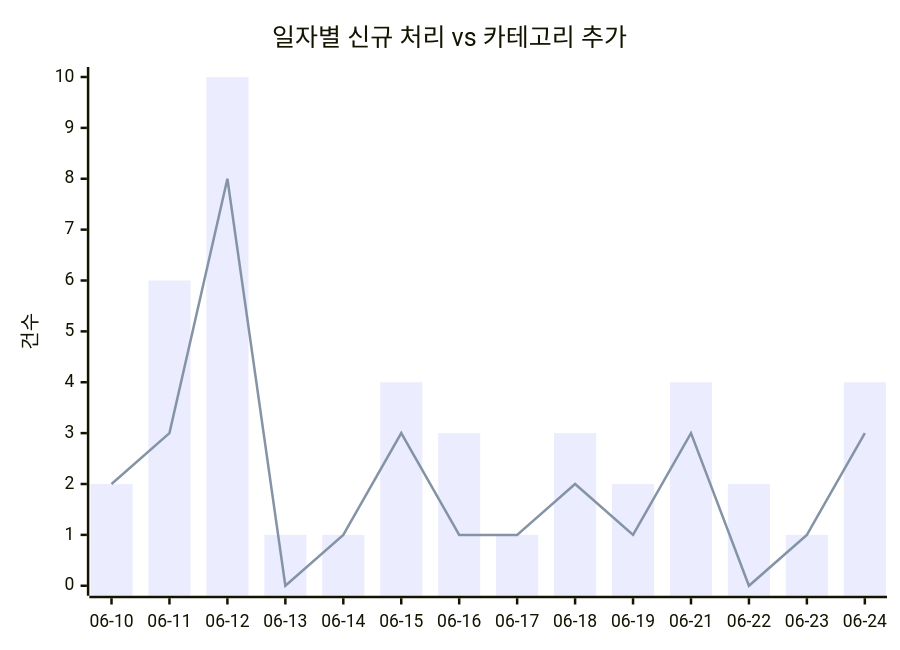
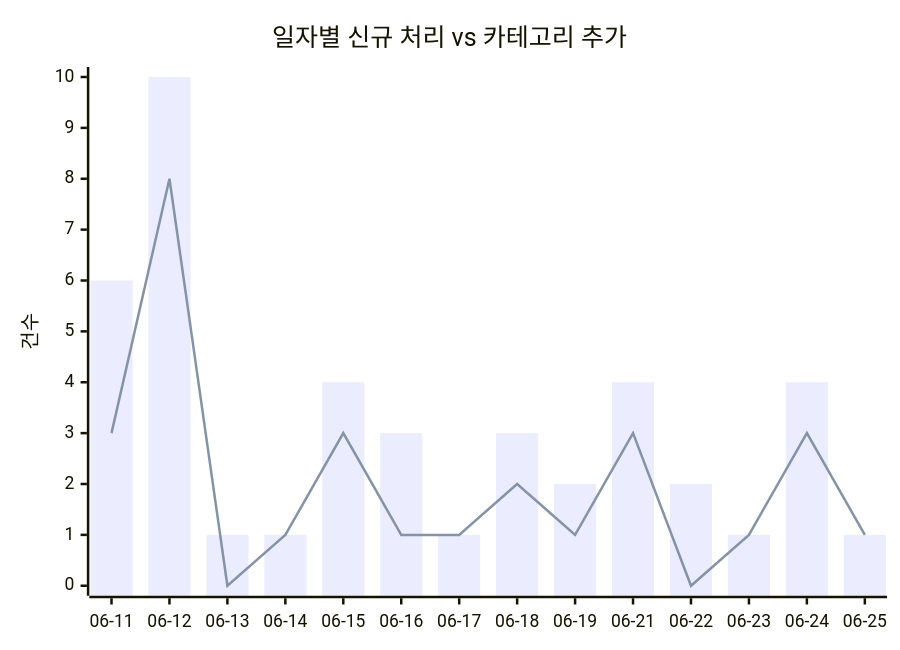
One commit to J-nowcow/awesome-korean-agent-skills changed the first of 2 diagrams in docs/trends.md. Above: the diagram before and after it, drawn with Mermaid. The commit also changed other lines of this file and 3 other files, not shown here.

````diff
--- a/docs/trends.md
+++ b/docs/trends.md
@@ -32,8 +32,8 @@
 ```mermaid
 xychart-beta
     title "일자별 신규 처리 vs 카테고리 추가"
-    x-axis ["06-10","06-11","06-12","06-13","06-14","06-15","06-16","06-17","06-18","06-19","06-21","06-22","06-23","06-24"]
+    x-axis ["06-11","06-12","06-13","06-14","06-15","06-16","06-17","06-18","06-19","06-21","06-22","06-23","06-24","06-25"]
     y-axis "건수"
-    bar [2,6,10,1,1,4,3,1,3,2,4,2,1,4]
-    line [2,3,8,0,1,3,1,1,2,1,3,0,1,3]
+    bar [6,10,1,1,4,3,1,3,2,4,2,1,4,1]
+    line [3,8,0,1,3,1,1,2,1,3,0,1,3,1]
 ```
````
